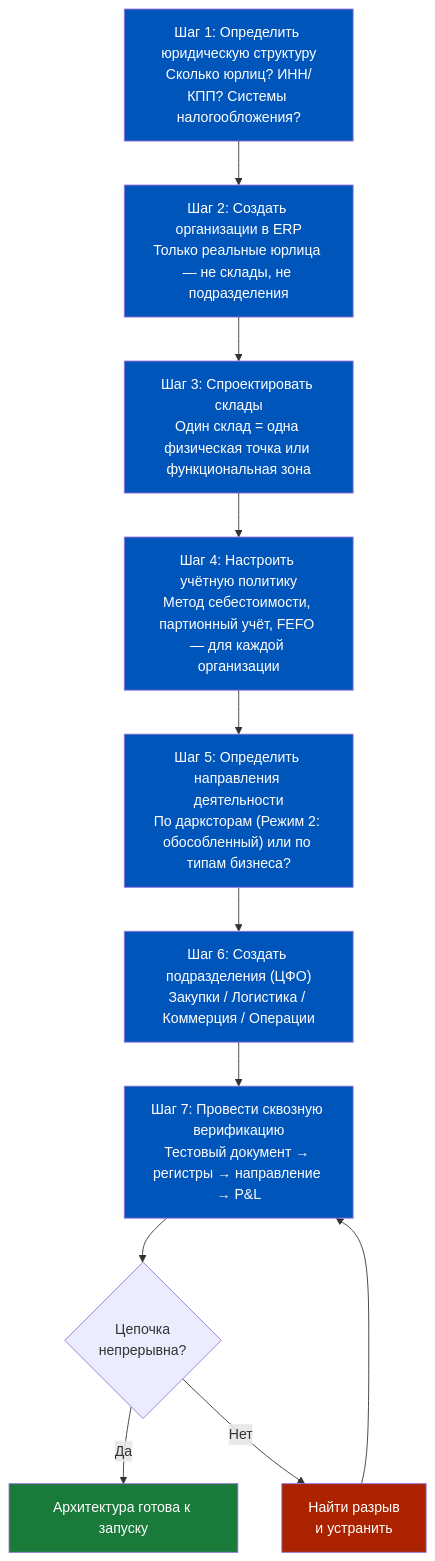
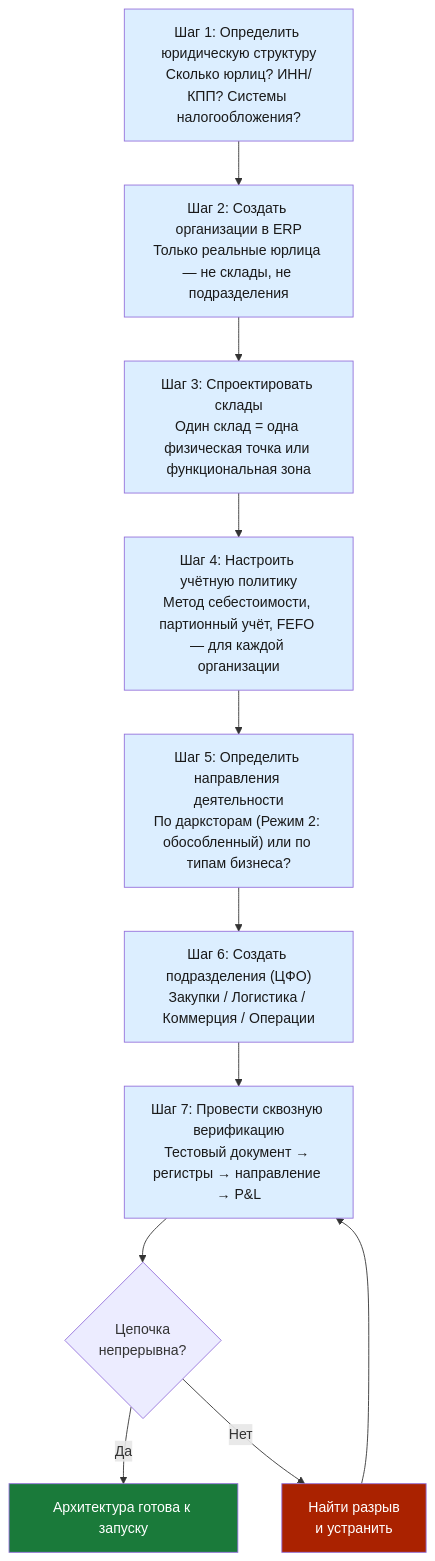
Before and after one commit to murad1986/1c-erp-quartz: the third of 5 diagrams in content/1c-erp/week_1/Неделя 1 - День 6 - Практикум по архитектуре.md, drawn with Mermaid. The commit also changed other lines of this file and 57 other files, not shown here.

First line of the commit message:
fix: Mermaid — пастельные цвета в источниках диаграмм (56 файлов)

````diff
--- a/content/1c-erp/week_1/Неделя 1 - День 6 - Практикум по архитектуре.md
+++ b/content/1c-erp/week_1/Неделя 1 - День 6 - Практикум по архитектуре.md
@@ -431,28 +431,28 @@
 ```mermaid
 flowchart TD
     S1["Шаг 1: Определить юридическую структуру<br>Сколько юрлиц? ИНН/КПП? Системы налогообложения?"]
     S2["Шаг 2: Создать организации в ERP<br>Только реальные юрлица — не склады, не подразделения"]
     S3["Шаг 3: Спроектировать склады<br>Один склад = одна физическая точка или функциональная зона"]
     S4["Шаг 4: Настроить учётную политику<br>Метод себестоимости, партионный учёт, FEFO — для каждой организации"]
     S5["Шаг 5: Определить направления деятельности<br>По дарксторам (Режим 2: обособленный) или по типам бизнеса?"]
     S6["Шаг 6: Создать подразделения (ЦФО)<br>Закупки / Логистика / Коммерция / Операции"]
     S7["Шаг 7: Провести сквозную верификацию<br>Тестовый документ → регистры → направление → P&L"]
     CHECK{"Цепочка<br>непрерывна?"}
     FIX["Найти разрыв<br>и устранить"]
     DONE["Архитектура готова к запуску"]
 
     S1 --> S2 --> S3 --> S4 --> S5 --> S6 --> S7 --> CHECK
     CHECK -->|"Да"| DONE
     CHECK -->|"Нет"| FIX
     FIX --> S7
 
-    style S1 fill:#0055BB,color:#fff
-    style S2 fill:#0055BB,color:#fff
-    style S3 fill:#0055BB,color:#fff
-    style S4 fill:#0055BB,color:#fff
-    style S5 fill:#0055BB,color:#fff
-    style S6 fill:#0055BB,color:#fff
-    style S7 fill:#0055BB,color:#fff
+    style S1 fill:#dceeff,color:#1a1a1a
+    style S2 fill:#dceeff,color:#1a1a1a
+    style S3 fill:#dceeff,color:#1a1a1a
+    style S4 fill:#dceeff,color:#1a1a1a
+    style S5 fill:#dceeff,color:#1a1a1a
+    style S6 fill:#dceeff,color:#1a1a1a
+    style S7 fill:#dceeff,color:#1a1a1a
     style DONE fill:#1A7A3A,color:#fff
     style FIX fill:#AA2200,color:#fff
 ```
````
